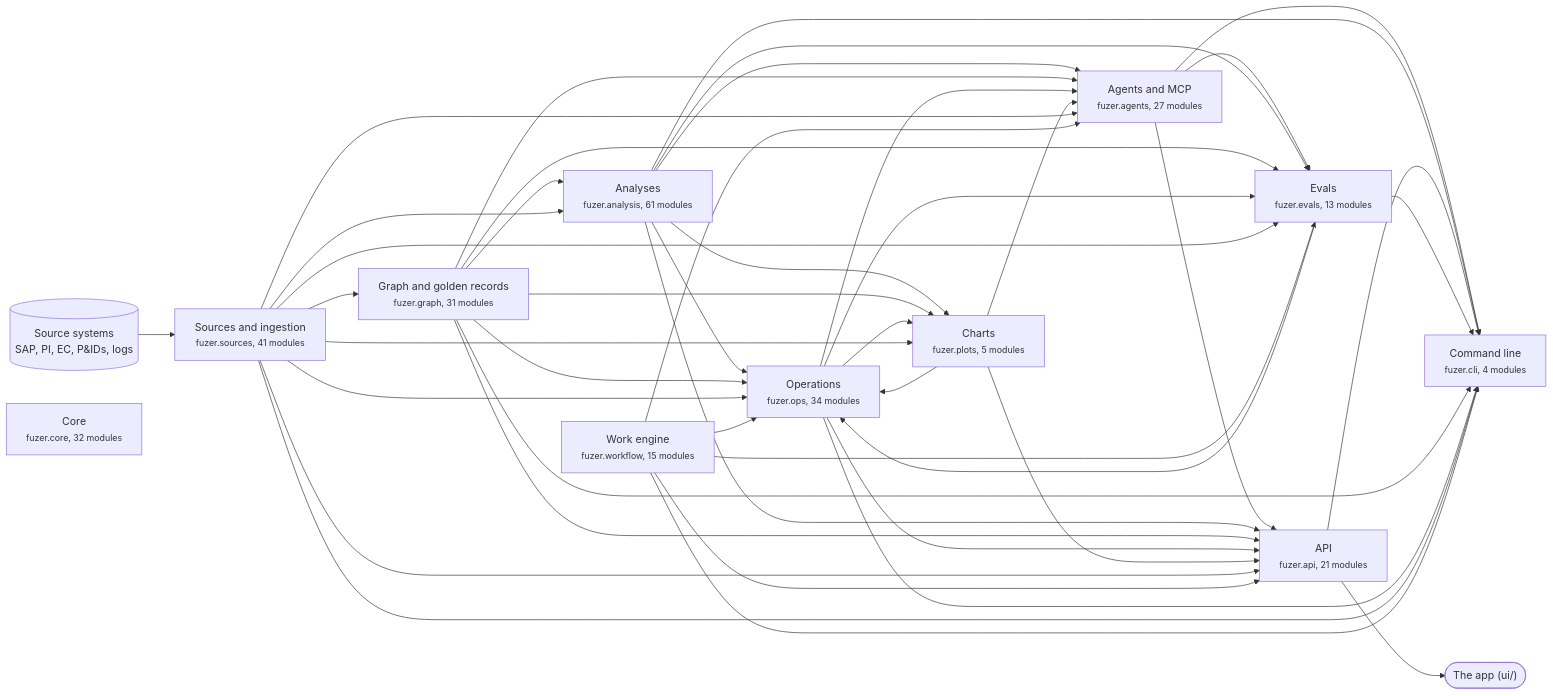
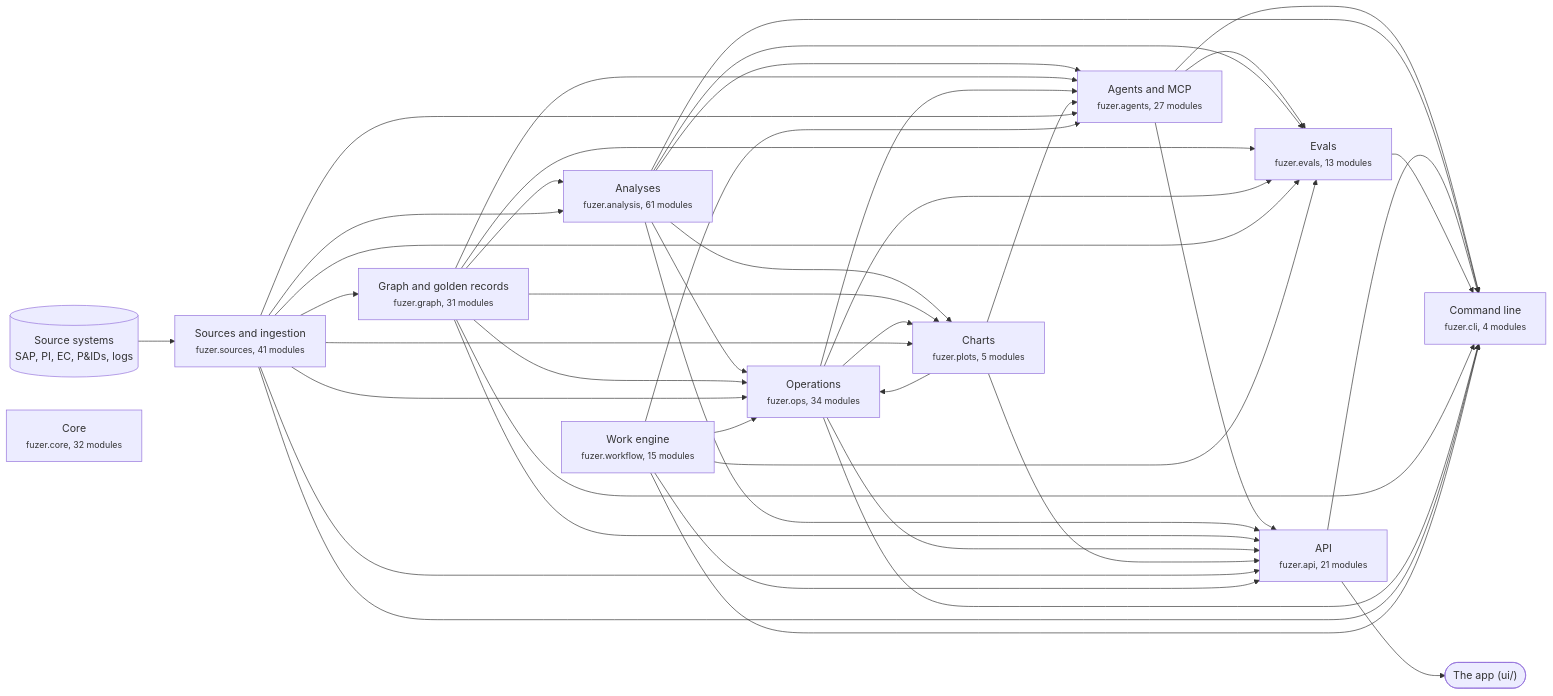
The first of 3 diagrams in docs/architecture.md (areed145/fuzer), drawn with Mermaid before and after one commit. The commit also changed other lines of this file and 3 other files, not shown here.

First line of the commit message:
P3.4a: score a draft through a scorer from evals, so ops never imports evals

````diff
--- a/docs/architecture.md
+++ b/docs/architecture.md
@@ -8,68 +8,67 @@
 ```mermaid
 flowchart LR
   systems[("Source systems<br>SAP, PI, EC, P&IDs, logs")] --> c_sources
   app(["The app (ui/)"])
   c_api --> app
   c_sources["Sources and ingestion<br><small>fuzer.sources, 41 modules</small>"]
   c_graph["Graph and golden records<br><small>fuzer.graph, 31 modules</small>"]
   c_analysis["Analyses<br><small>fuzer.analysis, 61 modules</small>"]
   c_ops["Operations<br><small>fuzer.ops, 34 modules</small>"]
   c_plots["Charts<br><small>fuzer.plots, 5 modules</small>"]
   c_workflow["Work engine<br><small>fuzer.workflow, 15 modules</small>"]
   c_agents["Agents and MCP<br><small>fuzer.agents, 27 modules</small>"]
   c_evals["Evals<br><small>fuzer.evals, 13 modules</small>"]
   c_api["API<br><small>fuzer.api, 21 modules</small>"]
   c_cli["Command line<br><small>fuzer.cli, 4 modules</small>"]
   c_core["Core<br><small>fuzer.core, 32 modules</small>"]
   c_sources --> c_graph
   c_graph --> c_analysis
   c_sources --> c_analysis
   c_analysis --> c_ops
-  c_evals --> c_ops
   c_graph --> c_ops
   c_plots --> c_ops
   c_sources --> c_ops
   c_workflow --> c_ops
   c_analysis --> c_plots
   c_graph --> c_plots
   c_ops --> c_plots
   c_sources --> c_plots
   c_analysis --> c_agents
   c_graph --> c_agents
   c_ops --> c_agents
   c_plots --> c_agents
   c_sources --> c_agents
   c_workflow --> c_agents
   c_agents --> c_evals
   c_analysis --> c_evals
   c_graph --> c_evals
   c_ops --> c_evals
   c_sources --> c_evals
   c_workflow --> c_evals
   c_agents --> c_api
   c_analysis --> c_api
   c_graph --> c_api
   c_ops --> c_api
   c_plots --> c_api
   c_sources --> c_api
   c_workflow --> c_api
   c_agents --> c_cli
   c_analysis --> c_cli
   c_api --> c_cli
   c_evals --> c_cli
   c_graph --> c_cli
   c_ops --> c_cli
   c_sources --> c_cli
   c_workflow --> c_cli
   click c_sources "https://github.com/areed145/fuzer/tree/main/src/fuzer/sources"
   click c_graph "https://github.com/areed145/fuzer/tree/main/src/fuzer/graph"
   click c_analysis "https://github.com/areed145/fuzer/tree/main/src/fuzer/analysis"
   click c_ops "https://github.com/areed145/fuzer/tree/main/src/fuzer/ops"
   click c_plots "https://github.com/areed145/fuzer/tree/main/src/fuzer/plots"
   click c_workflow "https://github.com/areed145/fuzer/tree/main/src/fuzer/workflow"
   click c_agents "https://github.com/areed145/fuzer/tree/main/src/fuzer/agents"
   click c_evals "https://github.com/areed145/fuzer/tree/main/src/fuzer/evals"
   click c_api "https://github.com/areed145/fuzer/tree/main/src/fuzer/api"
   click c_cli "https://github.com/areed145/fuzer/tree/main/src/fuzer/cli"
   click c_core "https://github.com/areed145/fuzer/tree/main/src/fuzer/core"
 ```
````
